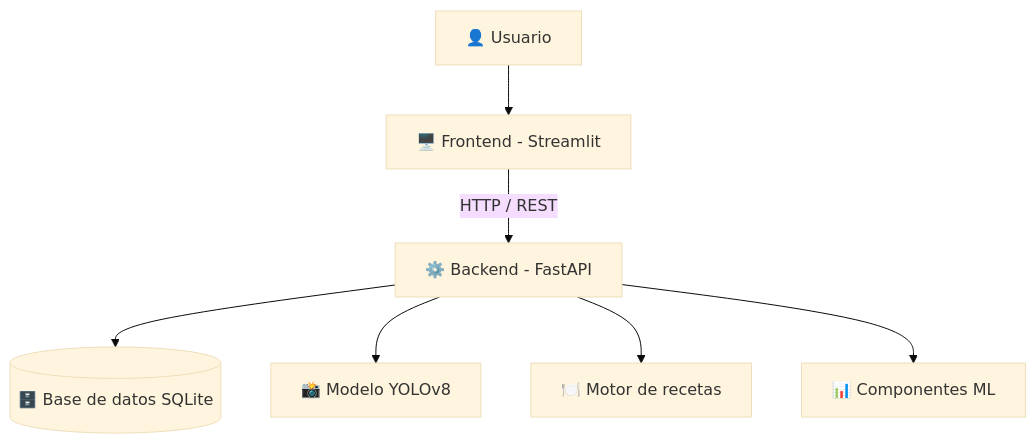
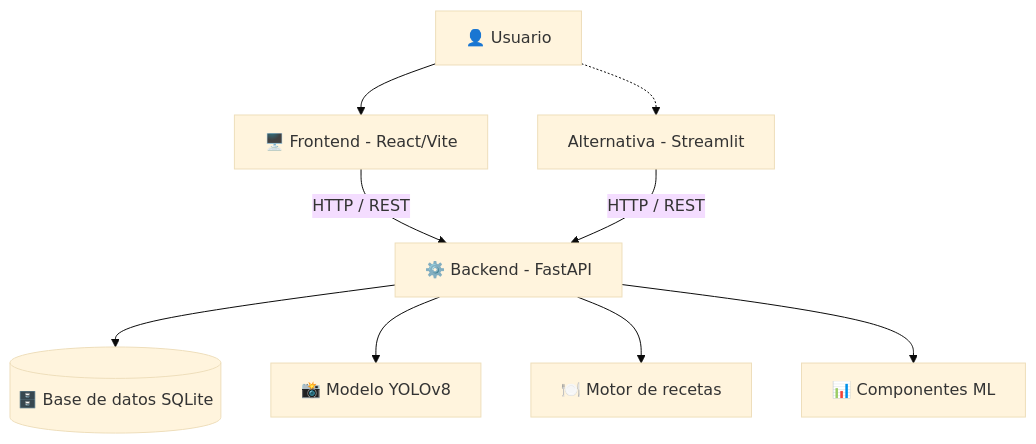
One commit to Llarkruks/FridgAI changed the diagram in README.md. Above: the diagram before and after it, drawn with Mermaid (base theme). The commit also changed other lines of this file, not shown here.

````diff
--- a/README.md
+++ b/README.md
@@ -55,9 +60,11 @@
 ```mermaid
 flowchart TD
-    U["👤 Usuario"] --> F["🖥️ Frontend - Streamlit"]
+    U["👤 Usuario"] --> F["🖥️ Frontend - React/Vite"]
+    U -.-> S["Alternativa - Streamlit"]
     F -->|HTTP / REST| B["⚙️ Backend - FastAPI"]
+    S -->|HTTP / REST| B
     B --> D[("🗄️ Base de datos SQLite")]
     B --> Y["📸 Modelo YOLOv8"]
     B --> R["🍽️ Motor de recetas"]
     B --> M["📊 Componentes ML"]
 ```
````
